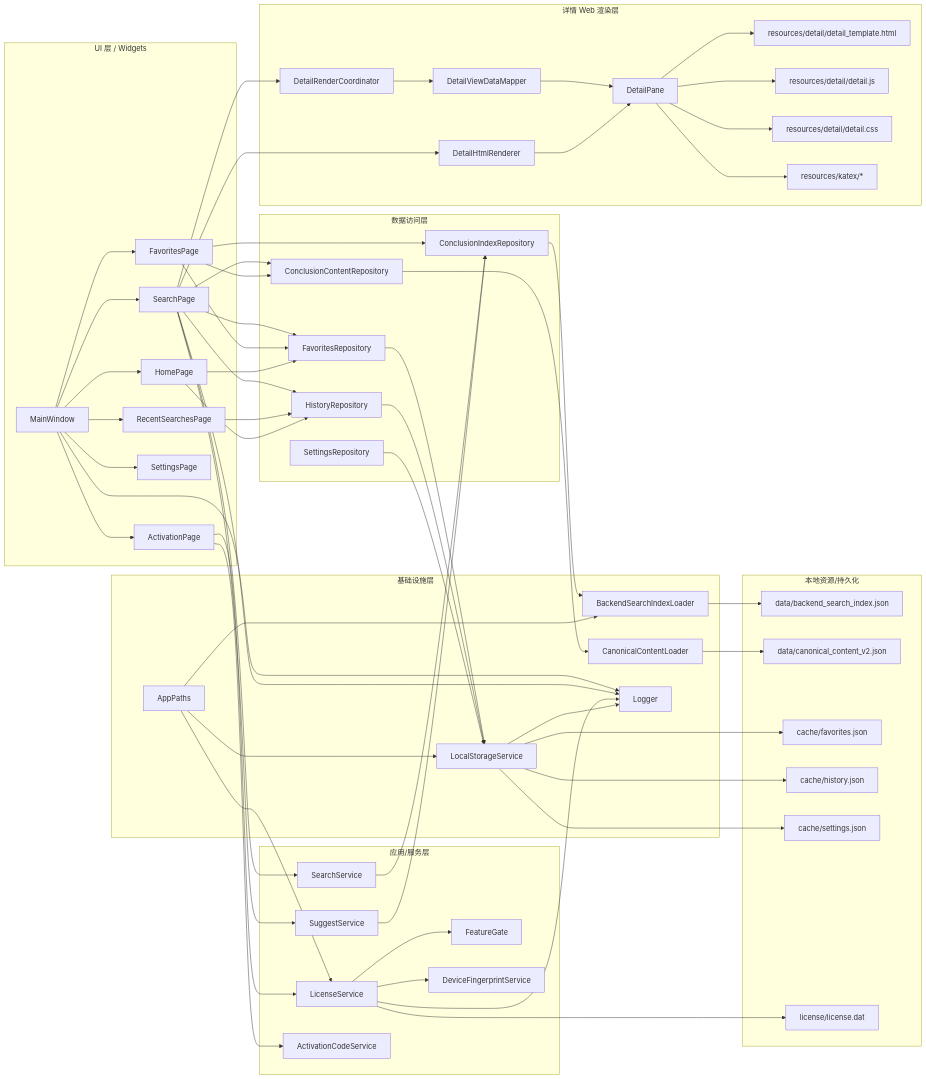
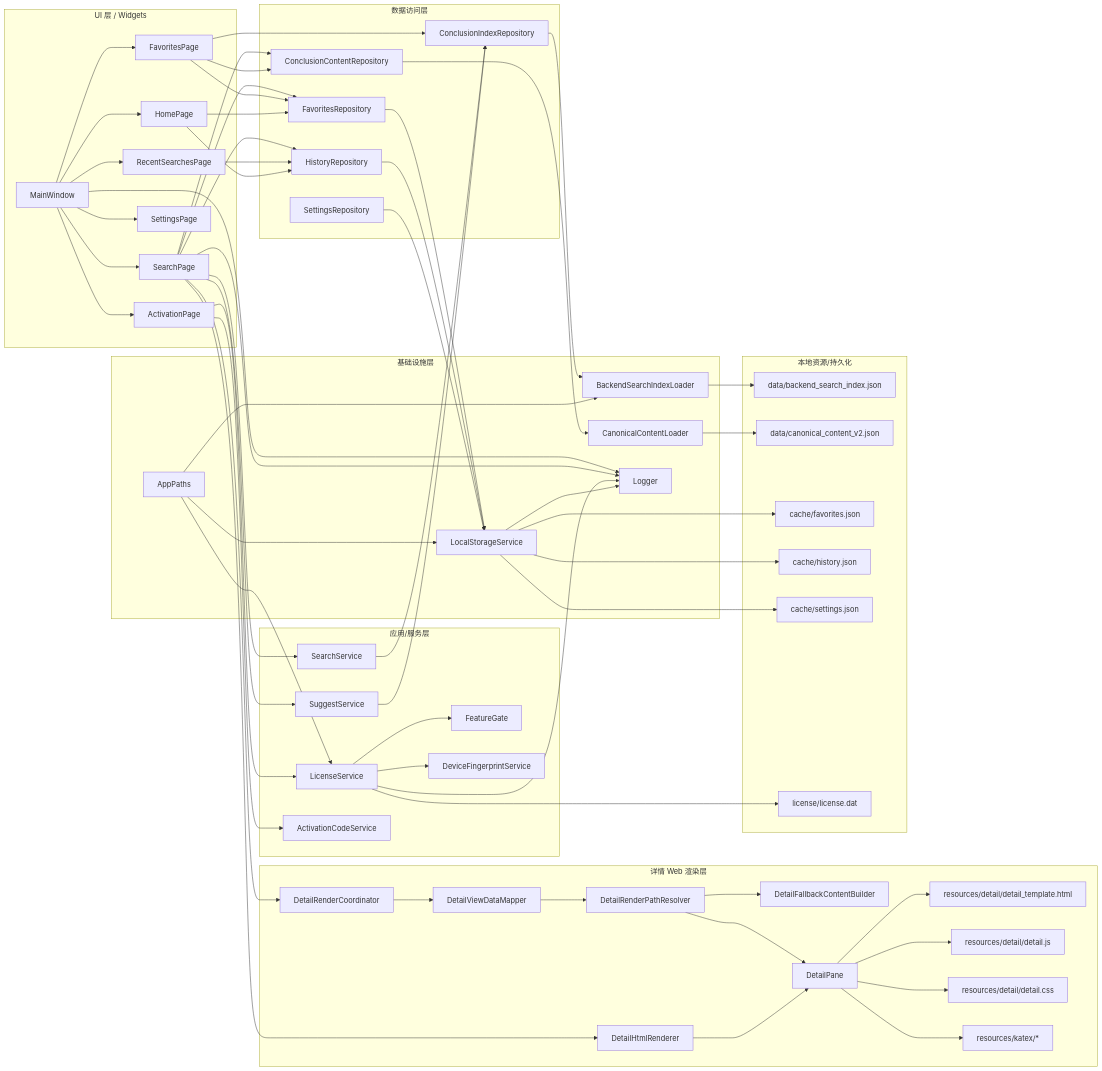
The first of 2 diagrams in docs/system_architecture.md (yfchenggithub/math_search_win), drawn with Mermaid before and after one commit. The commit also changed other lines of this file and 11 other files, not shown here.

```diff
--- a/docs/system_architecture.md
+++ b/docs/system_architecture.md
@@ -99,7 +99,9 @@
 
   subgraph Web[详情 Web 渲染层]
     DPR[DetailRenderCoordinator]
+    DRP[DetailRenderPathResolver]
     DVM[DetailViewDataMapper]
+    DFB[DetailFallbackContentBuilder]
     DHR[DetailHtmlRenderer]
     DP[DetailPane]
     HTML[resources/detail/detail_template.html]
@@ -151,7 +153,9 @@
   SR --> LSS --> CS
   LS --> LIC
 
-  P2 --> DPR --> DVM --> DP
+  P2 --> DPR --> DVM --> DRP
+  DRP --> DP
+  DRP --> DFB
   P2 --> DHR --> DP
   DP --> HTML
   DP --> JS
```
